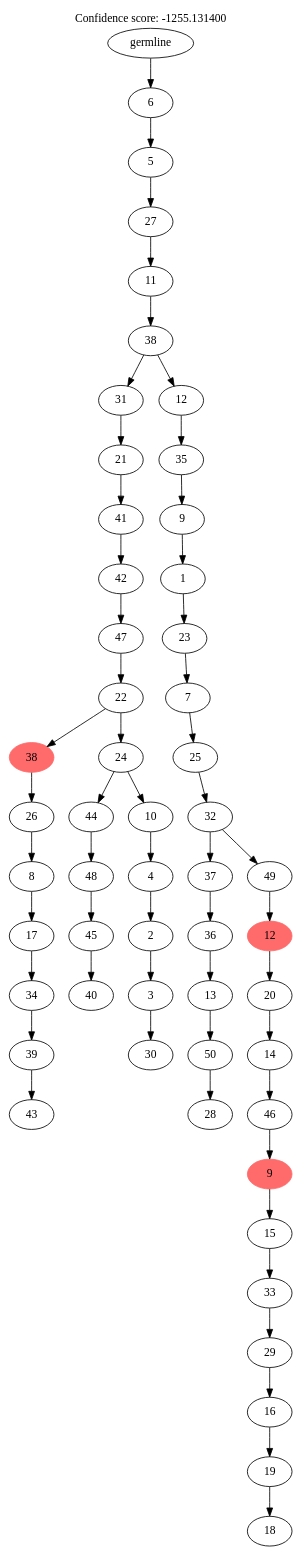
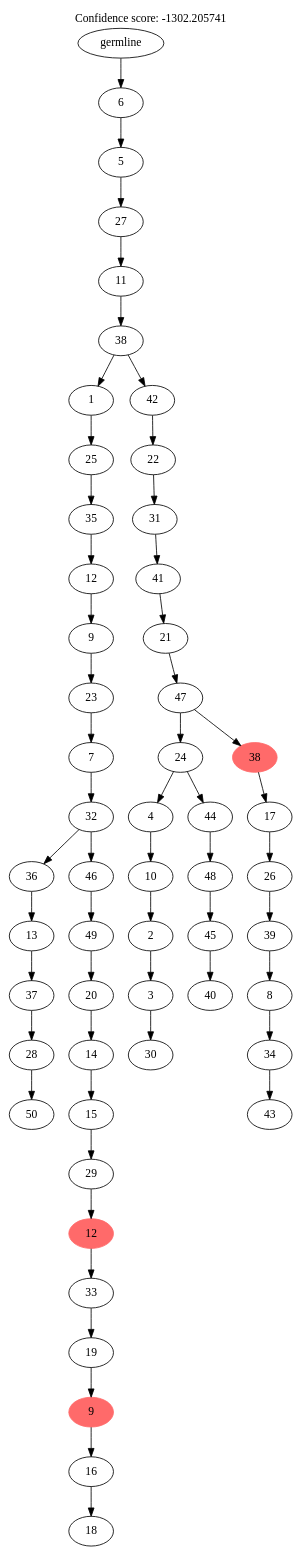
Before and after one commit to sciccolella/reSASC_supplements: the diagram in data/exp2/sim_20_scs.sasc.mlt.gv, drawn with Graphviz. The commit also changed 659 other files, not shown here.

```diff
--- a/data/exp2/sim_20_scs.sasc.mlt.gv
+++ b/data/exp2/sim_20_scs.sasc.mlt.gv
@@ -1,111 +1,111 @@
 digraph g {
 	"52" -> "53";
-	"53" [label="43"];
+	"53" [label="50"];
 	"51" -> "52";
-	"52" [label="39"];
+	"52" [label="28"];
 	"50" -> "51";
-	"51" [label="34"];
+	"51" [label="37"];
 	"49" -> "50";
-	"50" [label="17"];
-	"48" -> "49";
-	"49" [label="8"];
+	"50" [label="13"];
 	"47" -> "48";
-	"48" [label="26"];
+	"48" [label="18"];
+	"46" -> "47";
+	"47" [label="16"];
 	"45" -> "46";
-	"46" [label="40"];
+	"46" [color=indianred1, style=filled, label="9"];
 	"44" -> "45";
-	"45" [label="45"];
+	"45" [label="19"];
 	"43" -> "44";
-	"44" [label="48"];
+	"44" [label="33"];
+	"42" -> "43";
+	"43" [color=indianred1, style=filled, label="12"];
 	"41" -> "42";
-	"42" [label="30"];
+	"42" [label="29"];
 	"40" -> "41";
-	"41" [label="3"];
+	"41" [label="15"];
 	"39" -> "40";
-	"40" [label="2"];
+	"40" [label="14"];
 	"38" -> "39";
-	"39" [label="4"];
+	"39" [label="20"];
 	"37" -> "38";
-	"38" [label="10"];
-	"37" -> "43";
-	"43" [label="44"];
+	"38" [label="49"];
 	"36" -> "37";
-	"37" [label="24"];
-	"36" -> "47";
-	"47" [color=indianred1, style=filled, label="38"];
+	"37" [label="46"];
+	"36" -> "49";
+	"49" [label="36"];
 	"35" -> "36";
-	"36" [label="22"];
+	"36" [label="32"];
 	"34" -> "35";
-	"35" [label="47"];
+	"35" [label="7"];
 	"33" -> "34";
-	"34" [label="42"];
+	"34" [label="23"];
 	"32" -> "33";
-	"33" [label="41"];
+	"33" [label="9"];
 	"31" -> "32";
-	"32" [label="21"];
+	"32" [label="12"];
+	"30" -> "31";
+	"31" [label="35"];
 	"29" -> "30";
-	"30" [label="28"];
-	"28" -> "29";
-	"29" [label="50"];
+	"30" [label="25"];
 	"27" -> "28";
-	"28" [label="13"];
+	"28" [label="30"];
 	"26" -> "27";
-	"27" [label="36"];
+	"27" [label="3"];
+	"25" -> "26";
+	"26" [label="2"];
 	"24" -> "25";
-	"25" [label="18"];
-	"23" -> "24";
-	"24" [label="19"];
+	"25" [label="10"];
 	"22" -> "23";
-	"23" [label="16"];
+	"23" [label="40"];
 	"21" -> "22";
-	"22" [label="29"];
+	"22" [label="45"];
 	"20" -> "21";
-	"21" [label="33"];
+	"21" [label="48"];
 	"19" -> "20";
-	"20" [label="15"];
-	"18" -> "19";
-	"19" [color=indianred1, style=filled, label="9"];
+	"20" [label="44"];
+	"19" -> "24";
+	"24" [label="4"];
 	"17" -> "18";
-	"18" [label="46"];
+	"18" [label="43"];
 	"16" -> "17";
-	"17" [label="14"];
+	"17" [label="34"];
 	"15" -> "16";
-	"16" [label="20"];
+	"16" [label="8"];
 	"14" -> "15";
-	"15" [color=indianred1, style=filled, label="12"];
+	"15" [label="39"];
 	"13" -> "14";
-	"14" [label="49"];
-	"13" -> "26";
-	"26" [label="37"];
+	"14" [label="26"];
 	"12" -> "13";
-	"13" [label="32"];
+	"13" [label="17"];
 	"11" -> "12";
-	"12" [label="25"];
+	"12" [color=indianred1, style=filled, label="38"];
+	"11" -> "19";
+	"19" [label="24"];
 	"10" -> "11";
-	"11" [label="7"];
+	"11" [label="47"];
 	"9" -> "10";
-	"10" [label="23"];
+	"10" [label="21"];
 	"8" -> "9";
-	"9" [label="1"];
+	"9" [label="41"];
 	"7" -> "8";
-	"8" [label="9"];
+	"8" [label="31"];
 	"6" -> "7";
-	"7" [label="35"];
+	"7" [label="22"];
 	"5" -> "6";
-	"6" [label="12"];
-	"5" -> "31";
-	"31" [label="31"];
+	"6" [label="42"];
+	"5" -> "29";
+	"29" [label="1"];
 	"4" -> "5";
 	"5" [label="38"];
 	"3" -> "4";
 	"4" [label="11"];
 	"2" -> "3";
 	"3" [label="27"];
 	"1" -> "2";
 	"2" [label="5"];
 	"0" -> "1";
 	"1" [label="6"];
 	"0" [label="germline"];
 	labelloc="t";
-	label="Confidence score: -1255.131400";
+	label="Confidence score: -1302.205741";
 }
```
